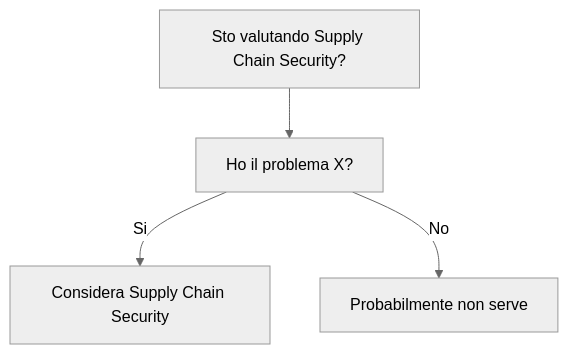
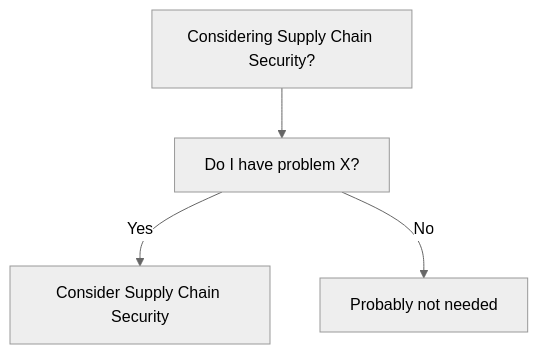
Before and after one commit to HxT9/Software-Dev-Wiki: the diagram in dev-wiki/08_Security/Supply_Chain_Security/When_To_Use.md, drawn with Mermaid (neutral theme). The commit also changed other lines of this file and 3444 other files, not shown here.

````diff
--- a/dev-wiki/08_Security/Supply_Chain_Security/When_To_Use.md
+++ b/dev-wiki/08_Security/Supply_Chain_Security/When_To_Use.md
@@ -19,6 +19,6 @@
 ```mermaid
 flowchart TD
-  Q[Sto valutando Supply Chain Security?] --> Q1[Ho il problema X?]
-  Q1 -->|Si| OK[Considera Supply Chain Security]
-  Q1 -->|No| NO[Probabilmente non serve]
+  Q[Considering Supply Chain Security?] --> Q1[Do I have problem X?]
+  Q1 -->|Yes| OK[Consider Supply Chain Security]
+  Q1 -->|No| NO[Probably not needed]
 ```
````
